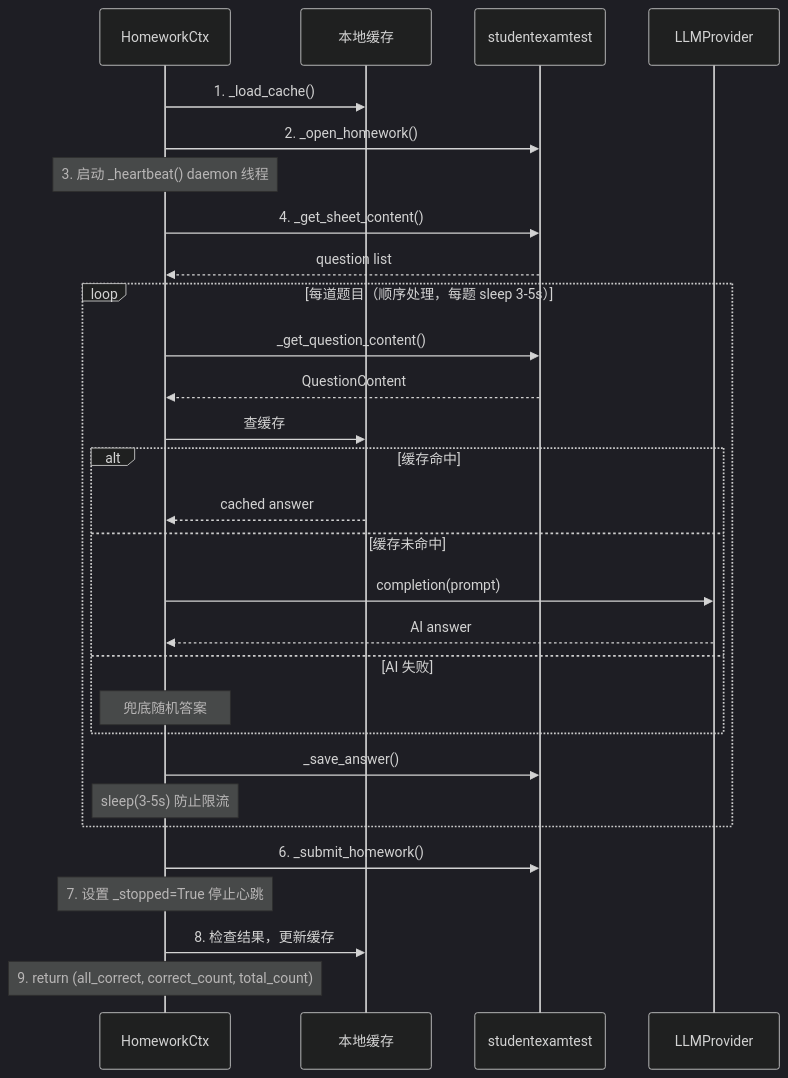
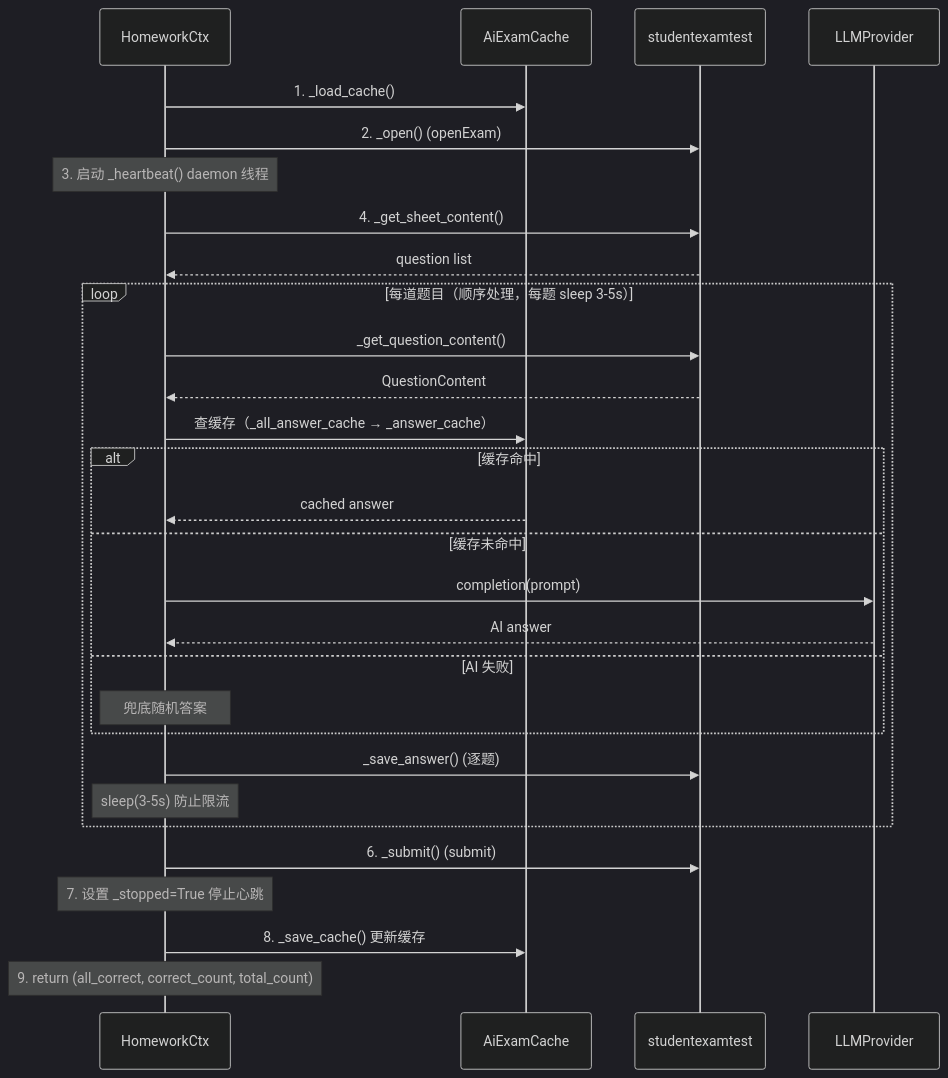
One commit to pjm314159/zhs changed the sixth of 15 diagrams in docs/design.md. Above: the diagram before and after it, drawn with Mermaid (dark theme). The commit also changed other lines of this file and 58 other files, not shown here.

````diff
--- a/docs/design.md
+++ b/docs/design.md
@@ -1179,34 +1388,34 @@
 ```mermaid
 sequenceDiagram
     participant H as HomeworkCtx
-    participant Cache as 本地缓存
+    participant Cache as AiExamCache
     participant API as studentexamtest
     participant LLM as LLMProvider
 
     H->>Cache: 1. _load_cache()
-    H->>API: 2. _open_homework()
+    H->>API: 2. _open() (openExam)
     Note over H: 3. 启动 _heartbeat() daemon 线程
     H->>API: 4. _get_sheet_content()
     API-->>H: question list
 
     loop 每道题目（顺序处理，每题 sleep 3-5s）
         H->>API: _get_question_content()
         API-->>H: QuestionContent
-        H->>Cache: 查缓存
+        H->>Cache: 查缓存（_all_answer_cache → _answer_cache）
         alt 缓存命中
             Cache-->>H: cached answer
         else 缓存未命中
             H->>LLM: completion(prompt)
             LLM-->>H: AI answer
         else AI 失败
             Note over H: 兜底随机答案
         end
-        H->>API: _save_answer()
+        H->>API: _save_answer() (逐题)
         Note over H: sleep(3-5s) 防止限流
     end
 
-    H->>API: 6. _submit_homework()
+    H->>API: 6. _submit() (submit)
     Note over H: 7. 设置 _stopped=True 停止心跳
-    H->>Cache: 8. 检查结果，更新缓存
+    H->>Cache: 8. _save_cache() 更新缓存
     Note over H: 9. return (all_correct, correct_count, total_count)
 ```
````
